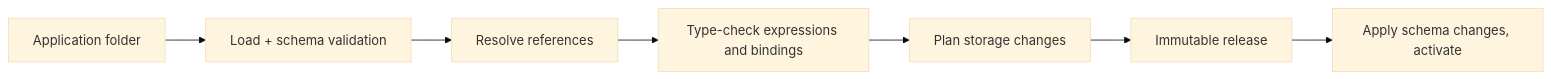
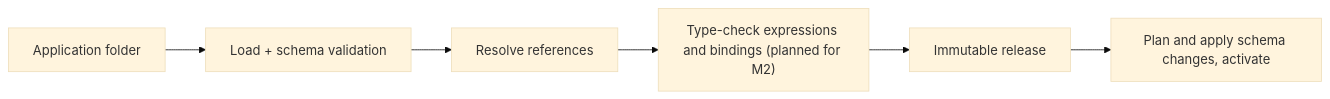
Before and after one commit to phuongnse/axis: the second of 2 diagrams in docs/architecture.md, drawn with Mermaid (base theme). The commit also changed other lines of this file and 2 other files, not shown here.

First line of the commit message:
Docs: align architecture, concepts and knowledge with the M1 code (#81)

````diff
--- a/docs/architecture.md
+++ b/docs/architecture.md
@@ -80,9 +83,8 @@
 ```mermaid
 flowchart LR
     Folder[Application folder] --> Load[Load + schema validation]
     Load --> Resolve[Resolve references]
-    Resolve --> Check[Type-check expressions and bindings]
-    Check --> Plan[Plan storage changes]
-    Plan --> Release[Immutable release]
-    Release --> Activate[Apply schema changes, activate]
+    Resolve --> Check["Type-check expressions and bindings (planned for M2)"]
+    Check --> Release[Immutable release]
+    Release --> Activate[Plan and apply schema changes, activate]
 ```
````
